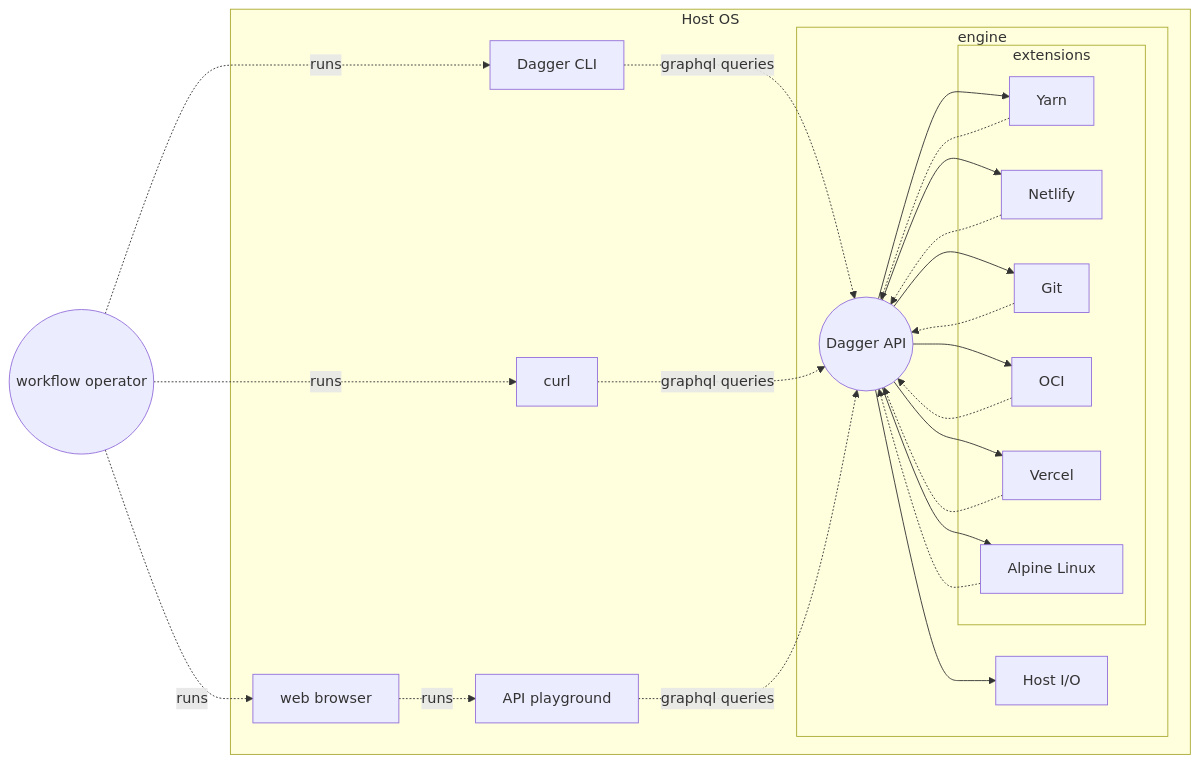
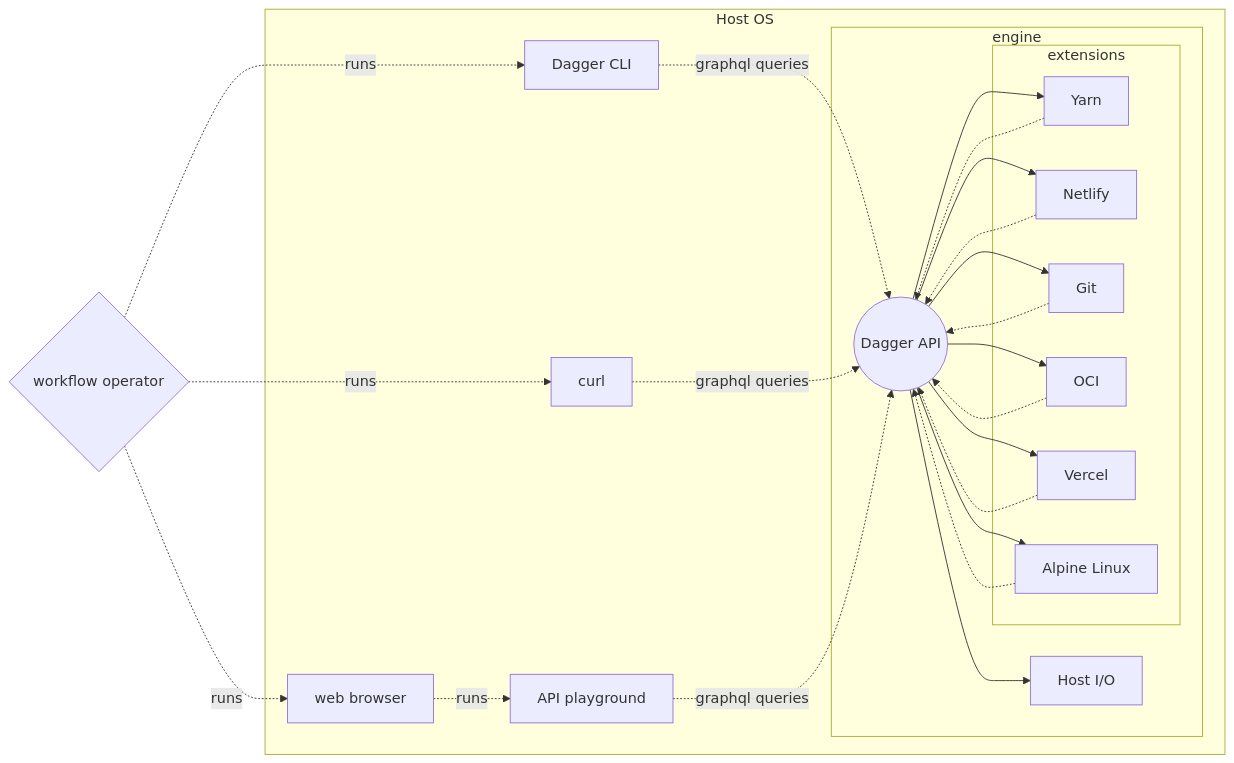
Before and after one commit to dagger/dagger: the third of 3 diagrams in docs/unxpq-introduction.mdx, drawn with Mermaid. The commit also changed other lines of this file, not shown here.

First line of the commit message:
docs: simplify introduction diagrams

````diff
--- a/docs/unxpq-introduction.mdx
+++ b/docs/unxpq-introduction.mdx
@@ -137,34 +136,34 @@
 ```mermaid
 graph LR;
 
-operator((workflow operator))
+operator{workflow operator}
 subgraph "Host OS"
     cli[Dagger CLI]
     curl[curl]
     browser[web browser]
     playground[API playground]
 
 
     subgraph engine
         io[Host I/O]
         api((Dagger API))
         subgraph extensions
                 yarn[Yarn]
                 netlify[Netlify]
                 git[Git]
                 oci[OCI]
                 vercel[Vercel]
                 alpine[Alpine Linux]
         end
 
-        
+
     end
 end
 
 operator -. runs .-> cli & curl & browser
 api --> yarn & netlify & git & oci & vercel & alpine
 api --> io
 yarn & netlify & git & oci & vercel & alpine -.-> api
 cli & curl -. graphql queries .-> api
 browser -. runs .-> playground -. graphql queries .-> api
 ```
````
